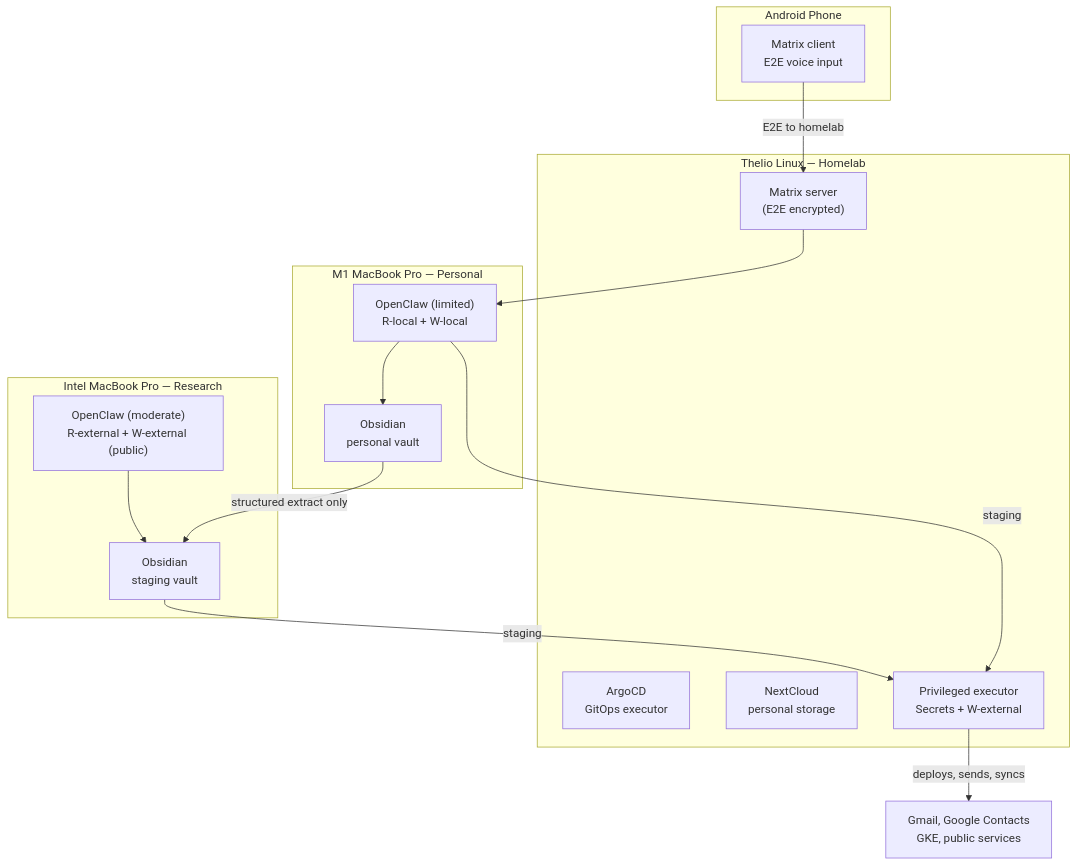
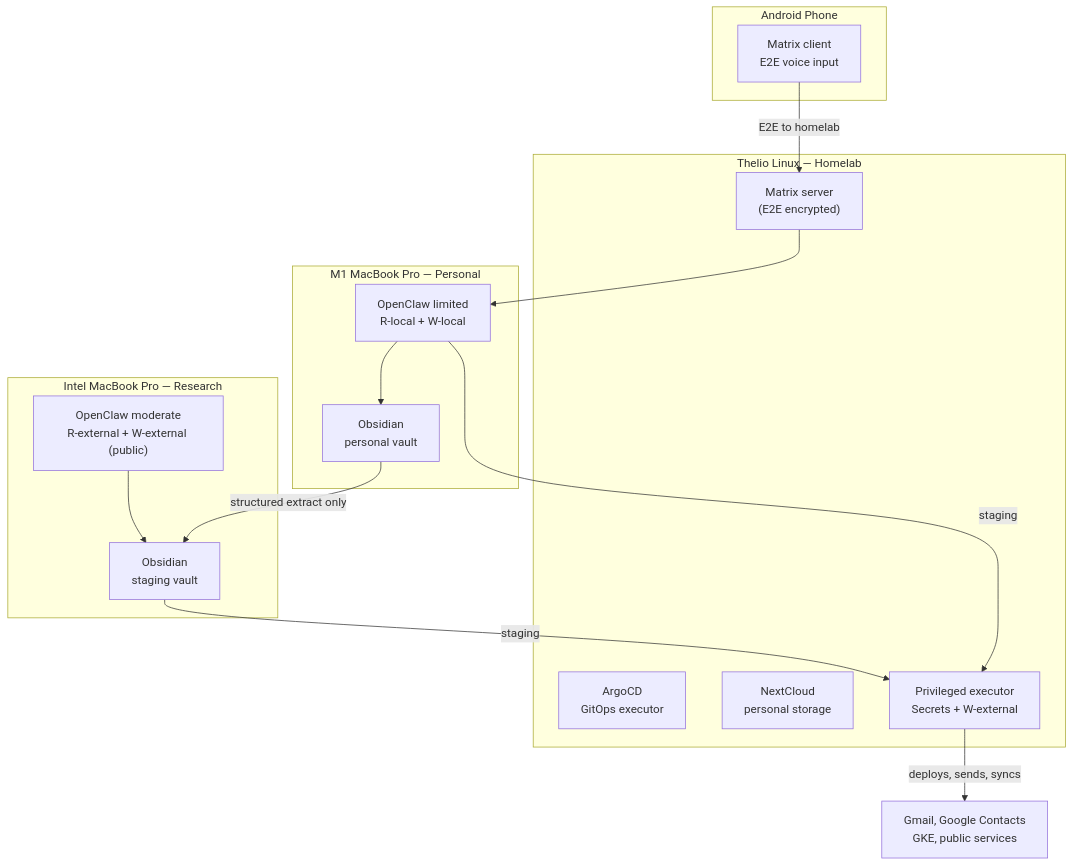
The second of 2 diagrams in ai-agent-security-patterns.md (SiliconSaga/yggdrasil), drawn with Mermaid before and after one commit. The commit also changed other lines of this file, not shown here.

Commit message:
docs: fix overview — add orientation sentence, define OpenClaw, normalize labels

````diff
--- a/ai-agent-security-patterns.md
+++ b/ai-agent-security-patterns.md
@@ -95,28 +97,28 @@
 ```mermaid
 flowchart TB
     subgraph "Thelio Linux — Homelab"
         matrix_srv["Matrix server<br>(E2E encrypted)"]
         argocd["ArgoCD<br>GitOps executor"]
         nextcloud["NextCloud<br>personal storage"]
         executor["Privileged executor<br>Secrets + W-external"]
     end
     subgraph "M1 MacBook Pro — Personal"
-        m1_oc["OpenClaw (limited)<br>R-local + W-local"]
+        m1_oc["OpenClaw limited<br>R-local + W-local"]
         obsidian_p["Obsidian<br>personal vault"]
         m1_oc --> obsidian_p
     end
     subgraph "Intel MacBook Pro — Research"
-        intel_oc["OpenClaw (moderate)<br>R-external + W-external (public)"]
+        intel_oc["OpenClaw moderate<br>R-external + W-external (public)"]
         obsidian_s["Obsidian<br>staging vault"]
         intel_oc --> obsidian_s
     end
     subgraph "Android Phone"
         voice["Matrix client<br>E2E voice input"]
     end
     voice -->|"E2E to homelab"| matrix_srv
     matrix_srv --> m1_oc
     obsidian_p -->|"structured extract only"| obsidian_s
     obsidian_s -->|"staging"| executor
     m1_oc -->|"staging"| executor
     executor -->|"deploys, sends, syncs"| prod["Gmail, Google Contacts<br>GKE, public services"]
 ```
````
